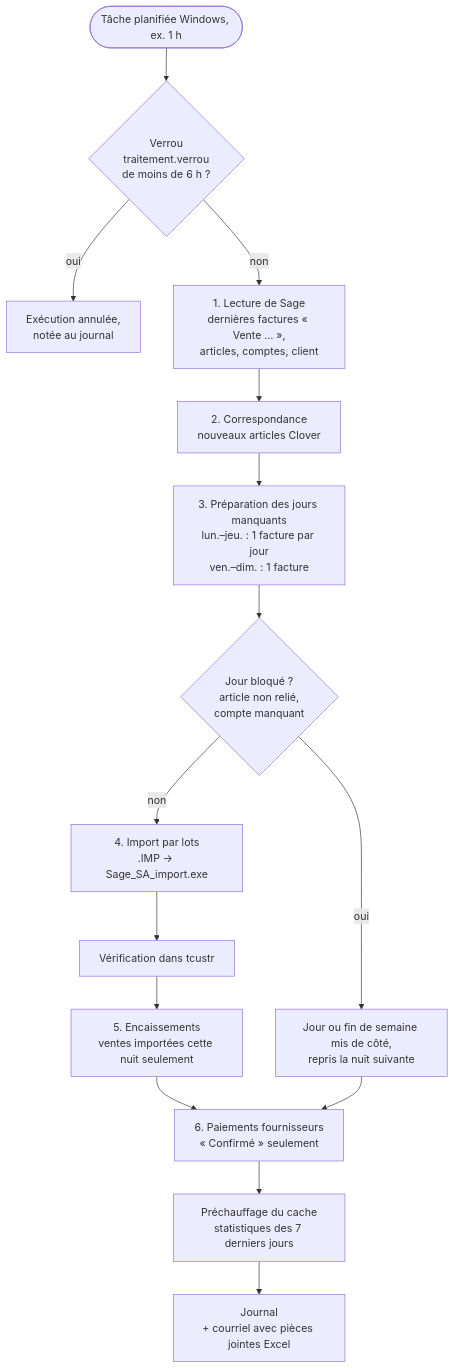
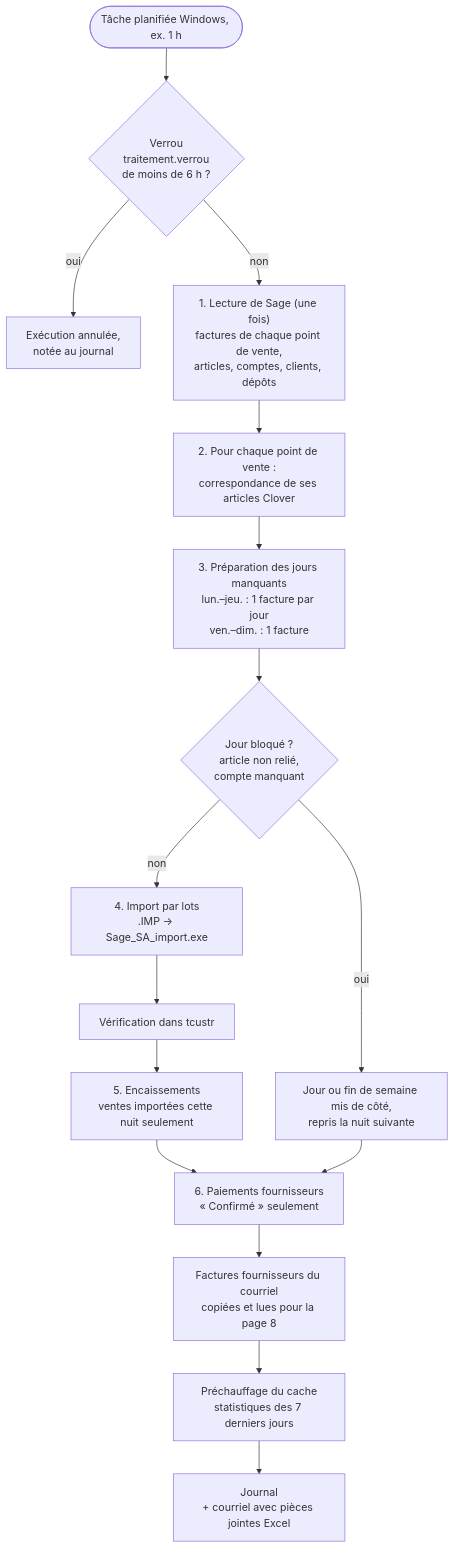
Before and after one commit to mteingueng-dot/MVOGMBI_Sync_2026.1: the fourth of 13 diagrams in ARCHITECTURE.md, drawn with Mermaid. The commit also changed other lines of this file and 32 other files, not shown here.

First line of the commit message:
Points de vente multiples, factures fournisseurs par courriel, archivage des factures déjà dans Sage, filtre de dates page 9 et enregistrement automatique page 8 (versions 1.9.30 à 1.12.2)

````diff
--- a/ARCHITECTURE.md
+++ b/ARCHITECTURE.md
@@ -192,17 +193,18 @@
 ```mermaid
 flowchart TD
     A(["Tâche planifiée Windows, ex. 1 h"]) --> B{"Verrou<br/>traitement.verrou<br/>de moins de 6 h ?"}
     B -- oui --> Z1["Exécution annulée,<br/>notée au journal"]
-    B -- non --> C["1. Lecture de Sage<br/>dernières factures « Vente … »,<br/>articles, comptes, client"]
-    C --> D["2. Correspondance<br/>nouveaux articles Clover"]
+    B -- non --> C["1. Lecture de Sage (une fois)<br/>factures de chaque point de vente,<br/>articles, comptes, clients, dépôts"]
+    C --> D["2. Pour chaque point de vente :<br/>correspondance de ses articles Clover"]
     D --> E["3. Préparation des jours manquants<br/>lun.–jeu. : 1 facture par jour<br/>ven.–dim. : 1 facture"]
     E --> F{"Jour bloqué ?<br/>article non relié,<br/>compte manquant"}
     F -- oui --> G["Jour ou fin de semaine mis de côté,<br/>repris la nuit suivante"]
     F -- non --> H["4. Import par lots<br/>.IMP → Sage_SA_import.exe"]
     H --> I["Vérification dans tcustr"]
     I --> J["5. Encaissements<br/>ventes importées cette nuit seulement"]
     J --> K["6. Paiements fournisseurs<br/>« Confirmé » seulement"]
     G --> K
-    K --> L["Préchauffage du cache<br/>statistiques des 7 derniers jours"]
+    K --> K2["Factures fournisseurs du courriel<br/>copiées et lues pour la page 8"]
+    K2 --> L["Préchauffage du cache<br/>statistiques des 7 derniers jours"]
     L --> M["Journal<br/>+ courriel avec pièces jointes Excel"]
 ```
````
